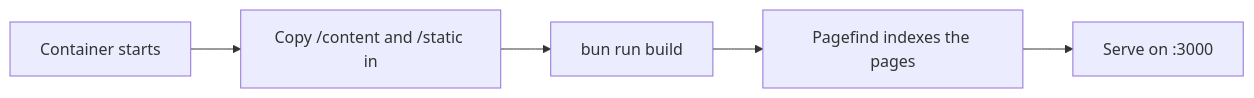
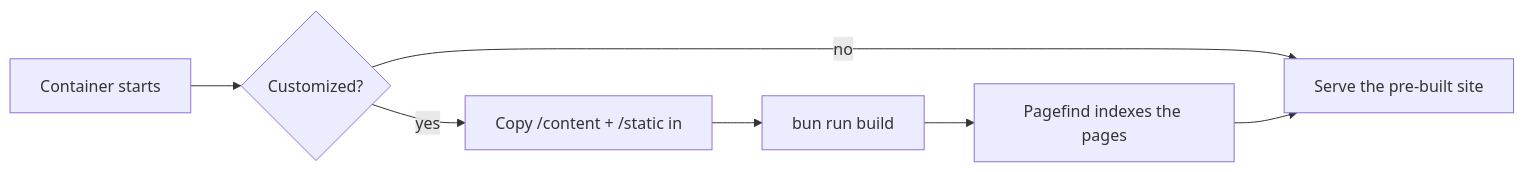
One commit to manchtools/open-docs changed the diagram in src/content/05-deploying/01-docker-de.md. Above: the diagram before and after it, drawn with Mermaid. The commit also changed other lines of this file and 5 other files, not shown here.

First line of the commit message:
feat(docker): bake the build at image-creation, not container start

````diff
--- a/src/content/05-deploying/01-docker-de.md
+++ b/src/content/05-deploying/01-docker-de.md
@@ -45,7 +48,9 @@
 ```mermaid
 flowchart LR
-  A[Container starts] --> B[Copy /content and /static in]
-  B --> C[bun run build]
-  C --> D[Pagefind indexes the pages]
-  D --> E[Serve on :3000]
+  A[Container starts] --> B{Customized?}
+  B -- no --> S[Serve the pre-built site]
+  B -- yes --> C[Copy /content + /static in]
+  C --> D[bun run build]
+  D --> E[Pagefind indexes the pages]
+  E --> S
 ```
````
